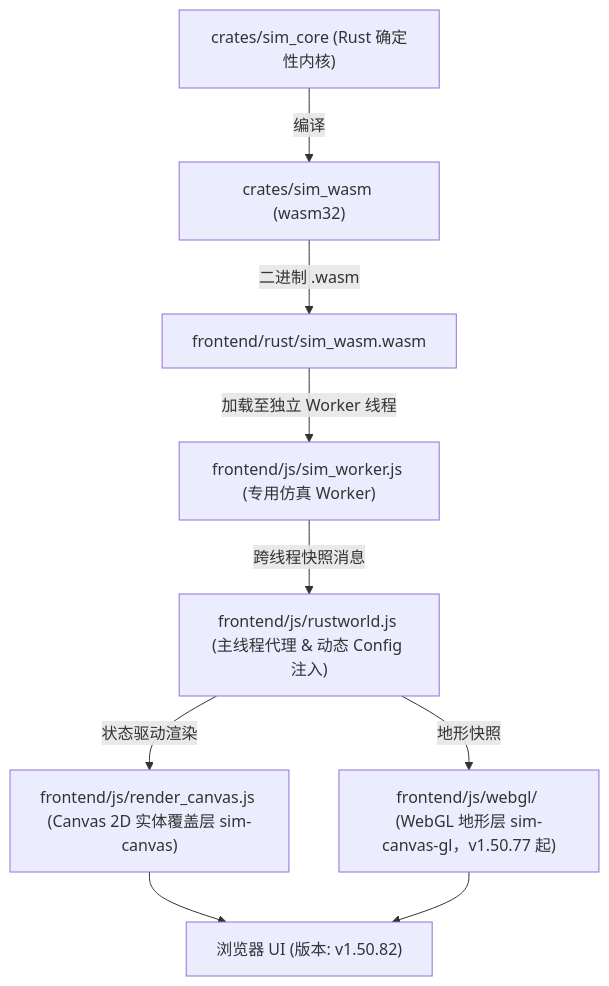
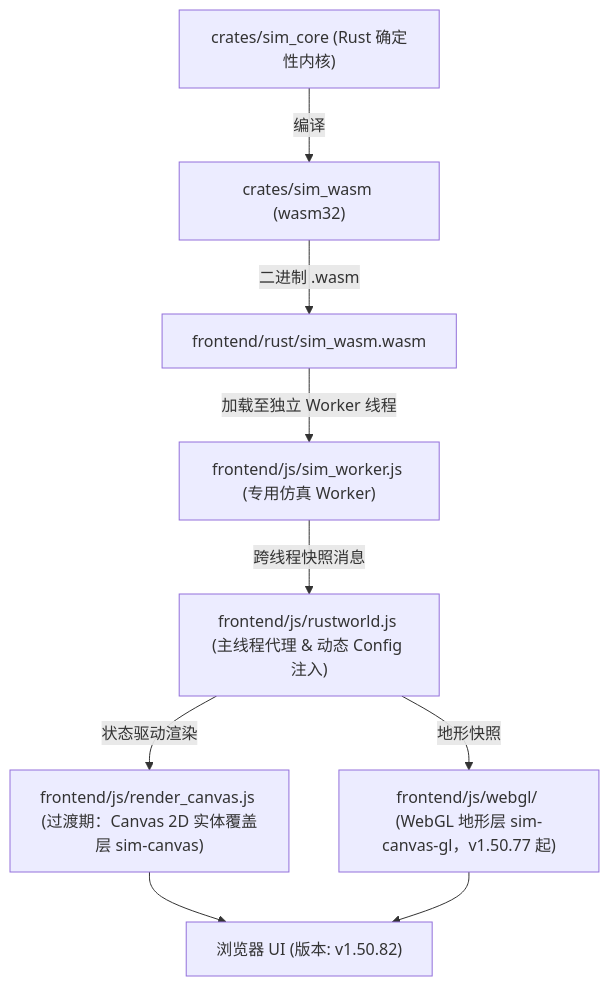
One commit to g39088902/FlowAndAccord changed the diagram in AGENTS.md. Above: the diagram before and after it, drawn with Mermaid. The commit also changed other lines of this file and 14 other files, not shown here.

````diff
--- a/AGENTS.md
+++ b/AGENTS.md
@@ -61,12 +62,12 @@
 ```mermaid
 graph TD
     A["crates/sim_core (Rust 确定性内核)"] -->|编译| B["crates/sim_wasm (wasm32)"]
     B -->|二进制 .wasm| C["frontend/rust/sim_wasm.wasm"]
     C -->|加载至独立 Worker 线程| D["frontend/js/sim_worker.js (专用仿真 Worker)"]
     D -->|跨线程快照消息| E["frontend/js/rustworld.js (主线程代理 & 动态 Config 注入)"]
-    E -->|状态驱动渲染| F["frontend/js/render_canvas.js (Canvas 2D 实体覆盖层 sim-canvas)"]
+    E -->|状态驱动渲染| F["frontend/js/render_canvas.js (过渡期：Canvas 2D 实体覆盖层 sim-canvas)"]
     E -->|地形快照| F2["frontend/js/webgl/ (WebGL 地形层 sim-canvas-gl，v1.50.77 起)"]
     F --> G["浏览器 UI (版本: v1.50.82)"]
     F2 --> G
 
 ```
````
